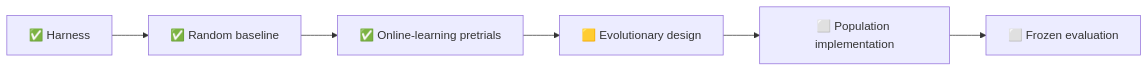
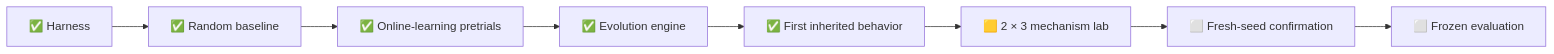
The first of 2 diagrams in docs/index.md (PeteAndrews1289/pokemon-red-ai), drawn with Mermaid before and after one commit. The commit also changed other lines of this file and 15 other files, not shown here.

Commit message:
Add six-lane evolution mechanism lab

````diff
--- a/docs/index.md
+++ b/docs/index.md
@@ -39,8 +42,10 @@
 ```mermaid
 flowchart LR
     A["✅ Harness"] --> B["✅ Random baseline"]
     B --> C["✅ Online-learning pretrials"]
-    C --> D["🟨 Evolutionary design"]
-    D --> E["⬜ Population implementation"]
-    E --> F["⬜ Frozen evaluation"]
+    C --> D["✅ Evolution engine"]
+    D --> E["✅ First inherited behavior"]
+    E --> L["🟨 2 × 3 mechanism lab"]
+    L --> F["⬜ Fresh-seed confirmation"]
+    F --> G["⬜ Frozen evaluation"]
 ```
````
